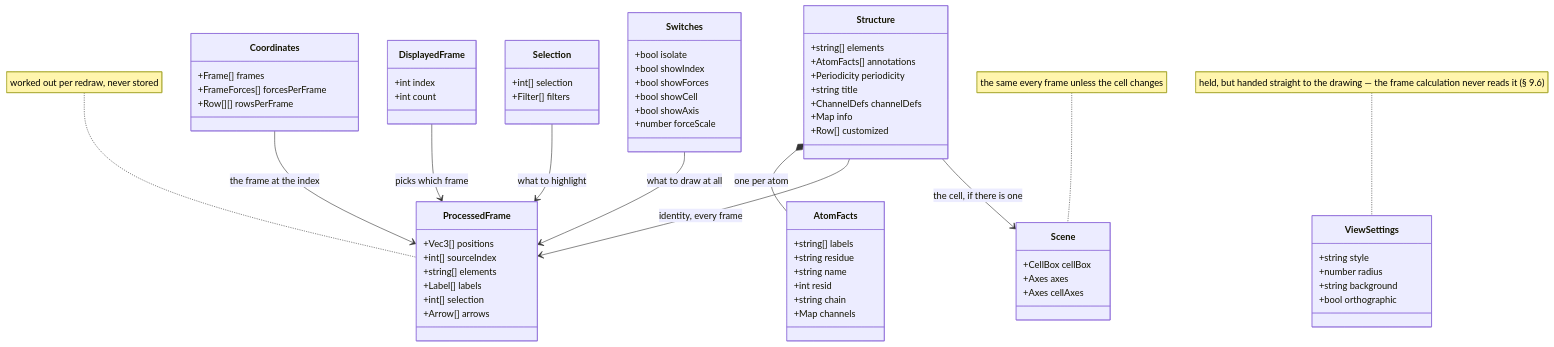
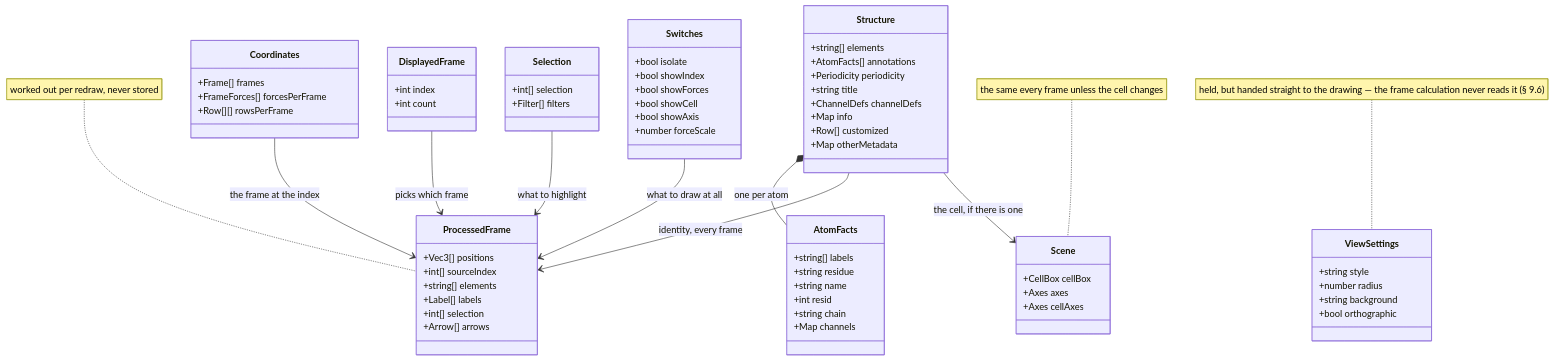
One commit to Qing-LAB/molbuilder changed the second of 10 diagrams in docs/web/molview.md. Above: the diagram before and after it, drawn with Mermaid. The commit also changed other lines of this file and 7 other files, not shown here.

````diff
--- a/docs/web/molview.md
+++ b/docs/web/molview.md
@@ -510,70 +514,71 @@
 ```mermaid
 classDiagram
     class Structure {
       +string[] elements
       +AtomFacts[] annotations
       +Periodicity periodicity
       +string title
       +ChannelDefs channelDefs
       +Map info
       +Row[] customized
+      +Map otherMetadata
     }
     class AtomFacts {
       +string[] labels
       +string residue
       +string name
       +int resid
       +string chain
       +Map channels
     }
     class Coordinates {
       +Frame[] frames
       +FrameForces[] forcesPerFrame
       +Row[][] rowsPerFrame
     }
     class DisplayedFrame {
       +int index
       +int count
     }
     class Selection {
       +int[] selection
       +Filter[] filters
     }
     class Switches {
       +bool isolate
       +bool showIndex
       +bool showForces
       +bool showCell
       +bool showAxis
       +number forceScale
     }
     class ProcessedFrame {
       +Vec3[] positions
       +int[] sourceIndex
       +string[] elements
       +Label[] labels
       +int[] selection
       +Arrow[] arrows
     }
     class Scene {
       +CellBox cellBox
       +Axes axes
       +Axes cellAxes
     }
     class ViewSettings {
       +string style
       +number radius
       +string background
       +bool orthographic
     }
     Structure *-- AtomFacts : one per atom
     Structure --> ProcessedFrame : identity, every frame
     Coordinates --> ProcessedFrame : the frame at the index
     DisplayedFrame --> ProcessedFrame : picks which frame
     Selection --> ProcessedFrame : what to highlight
     Switches --> ProcessedFrame : what to draw at all
     Structure --> Scene : the cell, if there is one
     note for ProcessedFrame "worked out per redraw, never stored"
     note for Scene "the same every frame unless the cell changes"
     note for ViewSettings "held, but handed straight to the drawing — the frame calculation never reads it (§ 9.6)"
 ```
````
